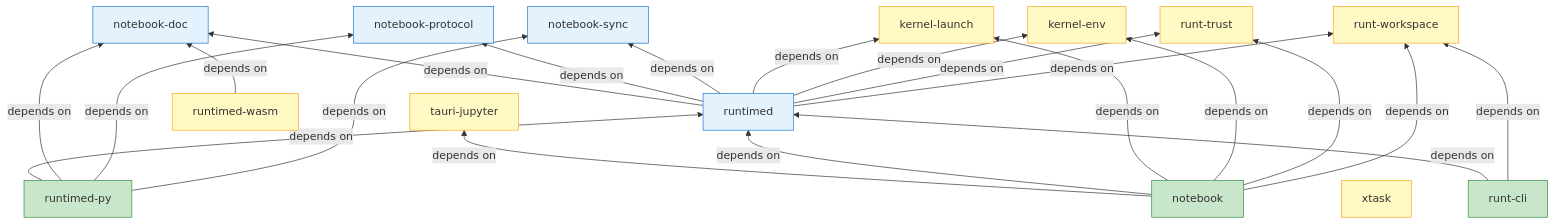
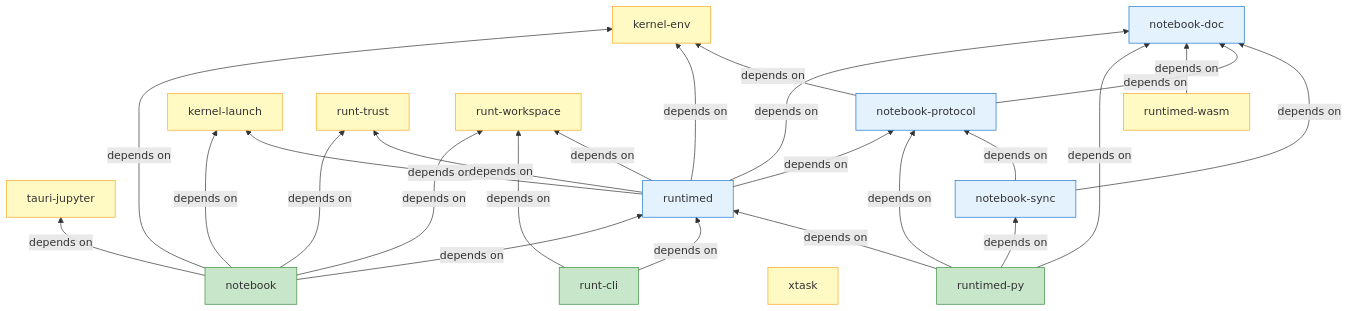
The third of 3 diagrams in contributing/build-dependencies.md (nteract/desktop), drawn with Mermaid before and after one commit. The commit also changed 20 other files, not shown here.

````diff
--- a/contributing/build-dependencies.md
+++ b/contributing/build-dependencies.md
@@ -91,47 +91,50 @@
 ```mermaid
 graph BT
     TJ["tauri-jupyter"]
     RD["runtimed"]
     RC["runt-cli"]
     NB["notebook"]
     ND["notebook-doc"]
     NP["notebook-protocol"]
     NS["notebook-sync"]
     XT["xtask"]
     KL["kernel-launch"]
     KE["kernel-env"]
     RT["runt-trust"]
     RW["runt-workspace"]
     RDPY["runtimed-py"]
     RWASM["runtimed-wasm"]
 
     NB -->|"depends on"| TJ
     NB -->|"depends on"| RD
     NB -->|"depends on"| KL
     NB -->|"depends on"| KE
     NB -->|"depends on"| RT
     NB -->|"depends on"| RW
     RC -->|"depends on"| RD
     RC -->|"depends on"| RW
     RD -->|"depends on"| ND
     RD -->|"depends on"| NP
-    RD -->|"depends on"| NS
     RD -->|"depends on"| KL
     RD -->|"depends on"| KE
     RD -->|"depends on"| RT
     RD -->|"depends on"| RW
     RDPY -->|"depends on"| RD
     RDPY -->|"depends on"| ND
     RDPY -->|"depends on"| NP
     RDPY -->|"depends on"| NS
     RWASM -->|"depends on"| ND
+    NP -->|"depends on"| ND
+    NP -->|"depends on"| KE
+    NS -->|"depends on"| ND
+    NS -->|"depends on"| NP
 
     classDef standalone fill:#fff9c4,stroke:#f9a825
     classDef leaf fill:#c8e6c9,stroke:#388e3c
     classDef shared fill:#e3f2fd,stroke:#1976d2
 
     class TJ,KL,KE,RT,RW,RWASM standalone
     class XT standalone
     class NB,RC,RDPY leaf
     class RD,ND,NP,NS shared
 ```
````
